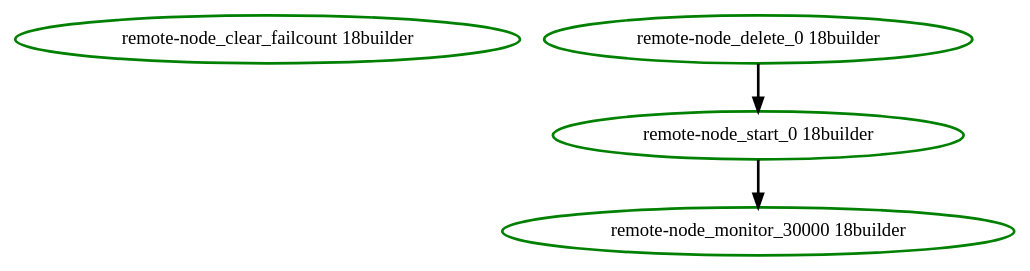
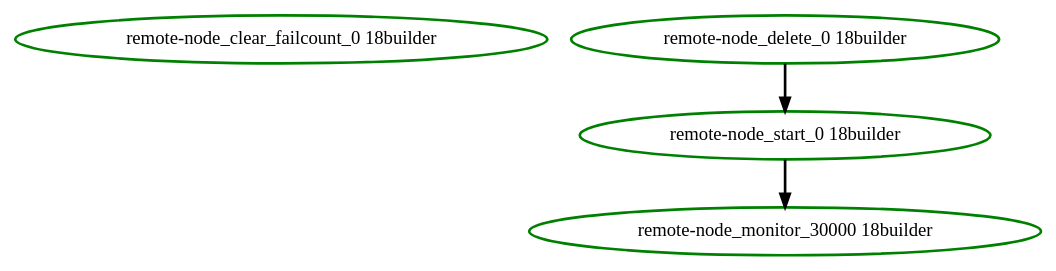
Before and after one commit to ClusterLabs/pacemaker: the diagram in pengine/test10/bug-5025-4.dot, drawn with Graphviz. The commit also changed 14 other files, not shown here.

```diff
--- a/pengine/test10/bug-5025-4.dot
+++ b/pengine/test10/bug-5025-4.dot
@@ -1,8 +1,8 @@
  digraph "g" {
-"remote-node_clear_failcount 18builder" [ style=bold color="green" fontcolor="black"]
+"remote-node_clear_failcount_0 18builder" [ style=bold color="green" fontcolor="black"]
 "remote-node_delete_0 18builder" -> "remote-node_start_0 18builder" [ style = bold]
 "remote-node_delete_0 18builder" [ style=bold color="green" fontcolor="black"]
 "remote-node_monitor_30000 18builder" [ style=bold color="green" fontcolor="black"]
 "remote-node_start_0 18builder" -> "remote-node_monitor_30000 18builder" [ style = bold]
 "remote-node_start_0 18builder" [ style=bold color="green" fontcolor="black"]
 }
```
